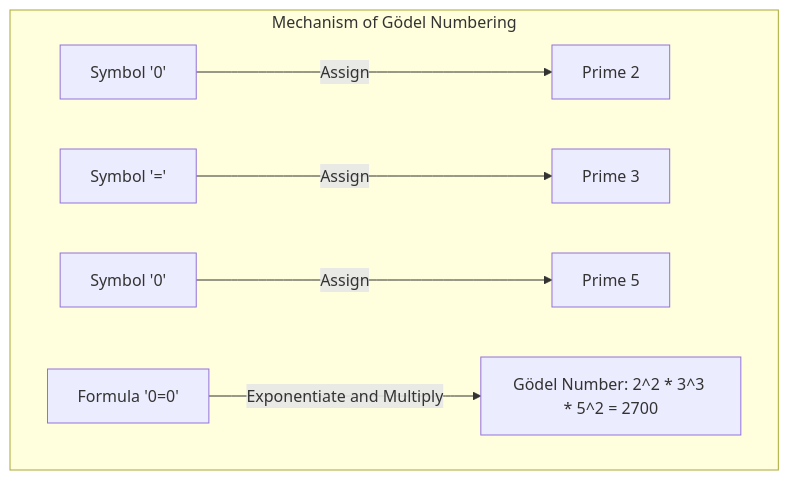
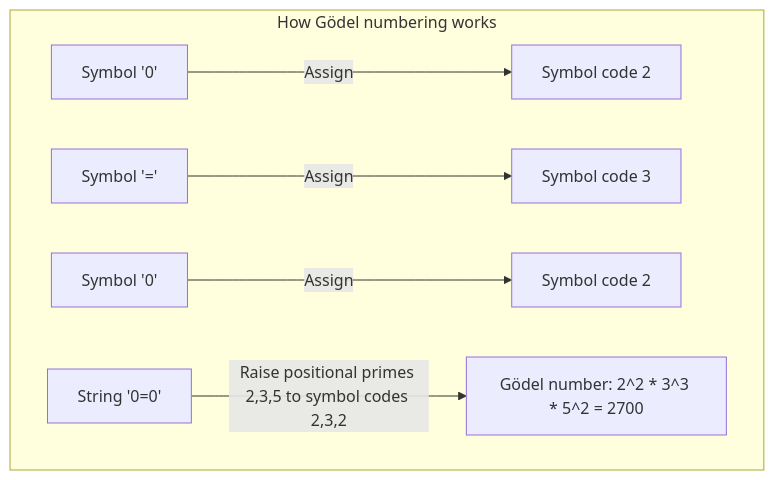
The third of 4 diagrams in content/post/godels-incompleteness-theorems/index.en.md (kenjinote/blog), drawn with Mermaid before and after one commit. The commit also changed other lines of this file and 10 other files, not shown here.

````diff
--- a/content/post/godels-incompleteness-theorems/index.en.md
+++ b/content/post/godels-incompleteness-theorems/index.en.md
@@ -97,9 +93,9 @@
 ```mermaid
 graph TD
-    subgraph "Mechanism of Gödel Numbering"
-        S1["Symbol '0'"] -->|"Assign"| N1["Prime 2"]
-        S2["Symbol '='"] -->|"Assign"| N2["Prime 3"]
-        S3["Symbol '0'"] -->|"Assign"| N3["Prime 5"]
-        F["Formula '0=0'"] -->|"Exponentiate and Multiply"| GN["Gödel Number: 2^2 * 3^3 * 5^2 = 2700"]
+    subgraph "How Gödel numbering works"
+        S1["Symbol '0'"] -->|"Assign"| N1["Symbol code 2"]
+        S2["Symbol '='"] -->|"Assign"| N2["Symbol code 3"]
+        S3["Symbol '0'"] -->|"Assign"| N3["Symbol code 2"]
+        F["String '0=0'"] -->|"Raise positional primes 2,3,5 to symbol codes 2,3,2"| GN["Gödel number: 2^2 * 3^3 * 5^2 = 2700"]
     end
 ```
````
